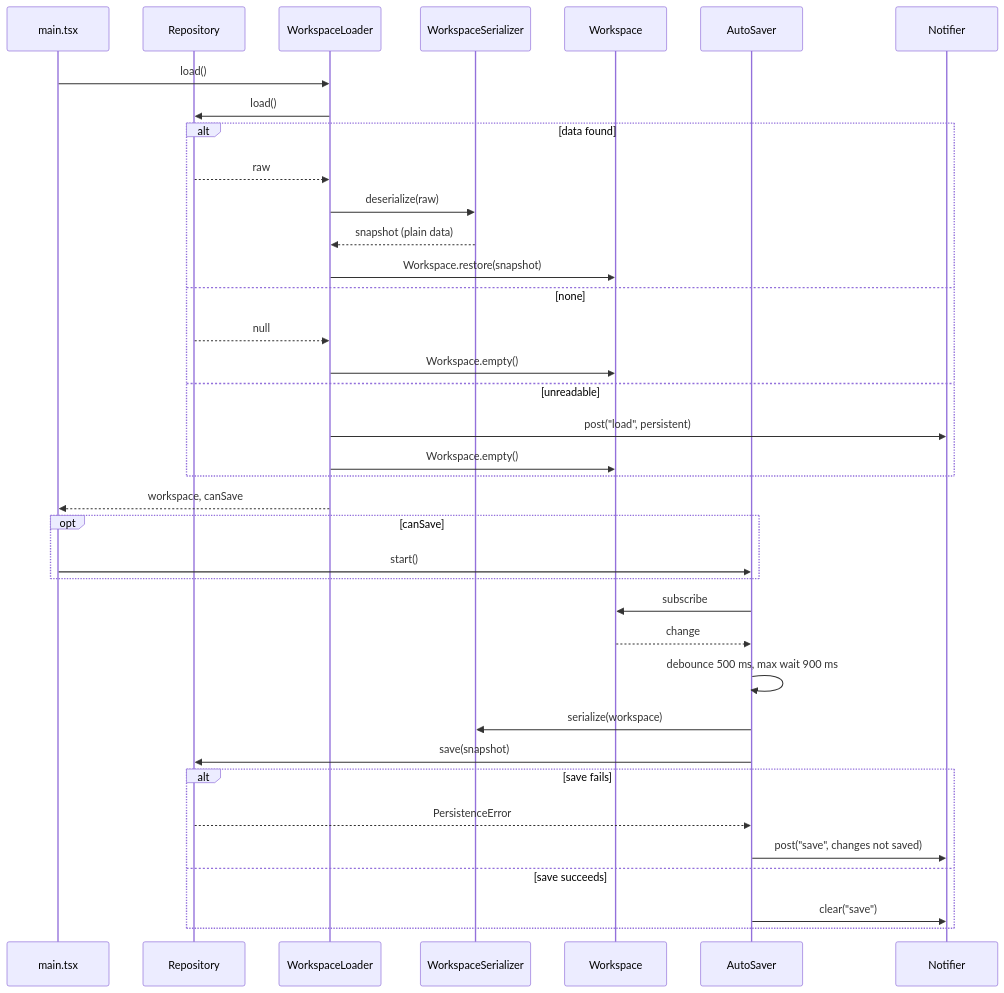
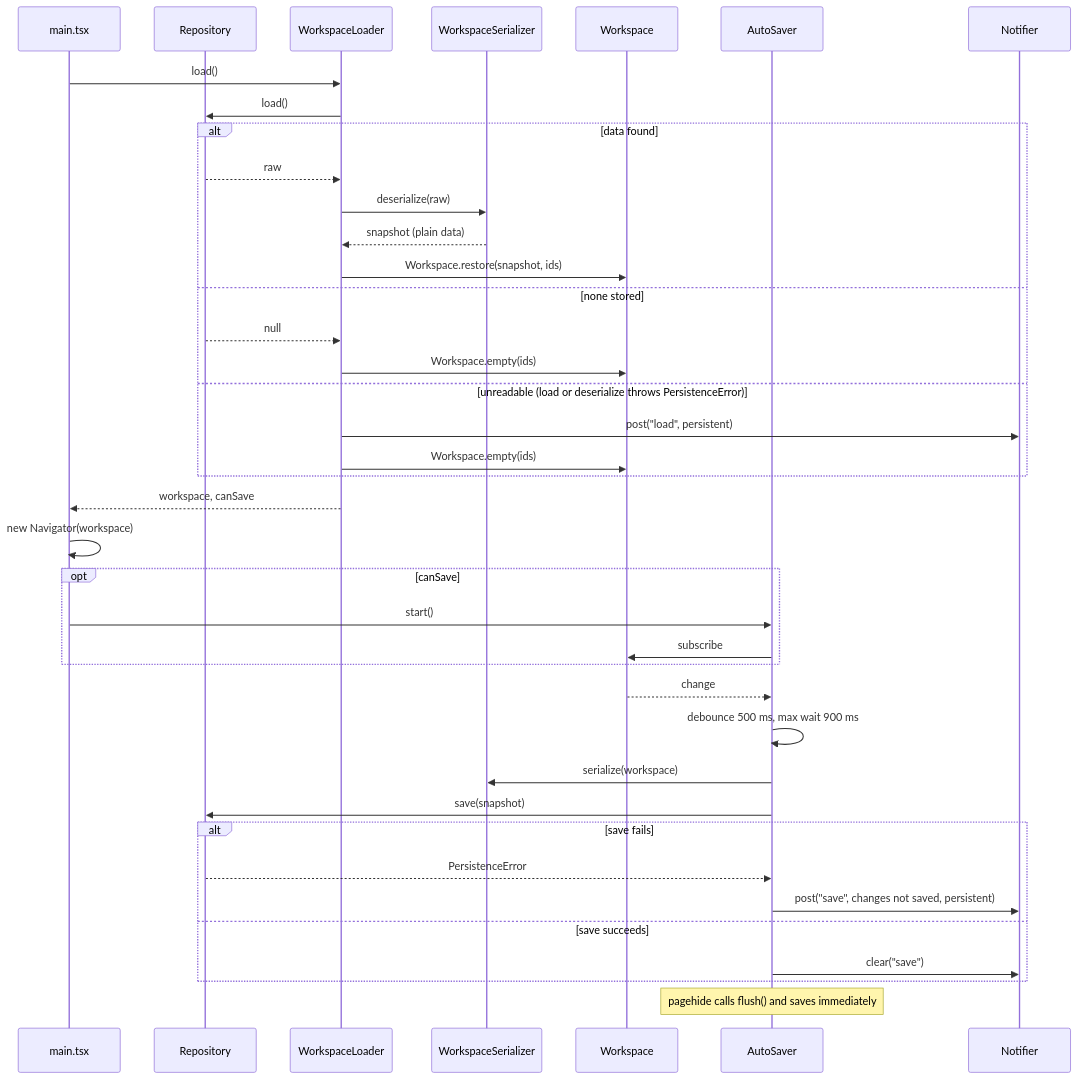
The diagram in docs/diagrams/startup-and-save.mmd (tylercoz/flow), drawn with Mermaid before and after one commit. The commit also changed 76 other files, not shown here.

First line of the commit message:
feat: implement Flow MVP for nested component diagrams

```diff
--- a/docs/diagrams/startup-and-save.mmd
+++ b/docs/diagrams/startup-and-save.mmd
@@ -1,37 +1,39 @@
 sequenceDiagram
     participant M as main.tsx
     participant R as Repository
     participant L as WorkspaceLoader
     participant S as WorkspaceSerializer
     participant W as Workspace
     participant A as AutoSaver
     participant N as Notifier
     M->>L: load()
     L->>R: load()
     alt data found
         R-->>L: raw
         L->>S: deserialize(raw)
         S-->>L: snapshot (plain data)
-        L->>W: Workspace.restore(snapshot)
-    else none
+        L->>W: Workspace.restore(snapshot, ids)
+    else none stored
         R-->>L: null
-        L->>W: Workspace.empty()
-    else unreadable
+        L->>W: Workspace.empty(ids)
+    else unreadable (load or deserialize throws PersistenceError)
         L->>N: post("load", persistent)
-        L->>W: Workspace.empty()
+        L->>W: Workspace.empty(ids)
     end
     L-->>M: workspace, canSave
+    M->>M: new Navigator(workspace)
     opt canSave
         M->>A: start()
+        A->>W: subscribe
     end
-    A->>W: subscribe
     W-->>A: change
     A->>A: debounce 500 ms, max wait 900 ms
     A->>S: serialize(workspace)
     A->>R: save(snapshot)
     alt save fails
         R-->>A: PersistenceError
-        A->>N: post("save", changes not saved)
+        A->>N: post("save", changes not saved, persistent)
     else save succeeds
         A->>N: clear("save")
     end
+    Note over A: pagehide calls flush() and saves immediately
```
